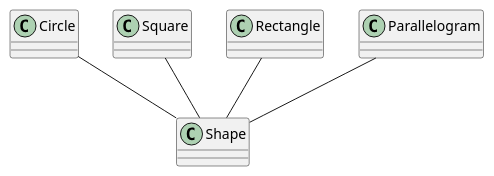
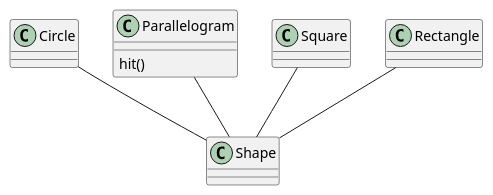
One commit to billymontolalu/thesis changed the diagram in src/parkiran/scase1.puml. Above: the diagram before and after it, drawn with PlantUML. The commit also changed 13 other files, not shown here.

```diff
--- a/src/parkiran/scase1.puml
+++ b/src/parkiran/scase1.puml
@@ -1,6 +1,7 @@
 @startuml
 Circle -- Shape
+Parallelogram : hit()
 Square -- Shape
 Rectangle -- Shape
 Parallelogram -- Shape
 @enduml
```
